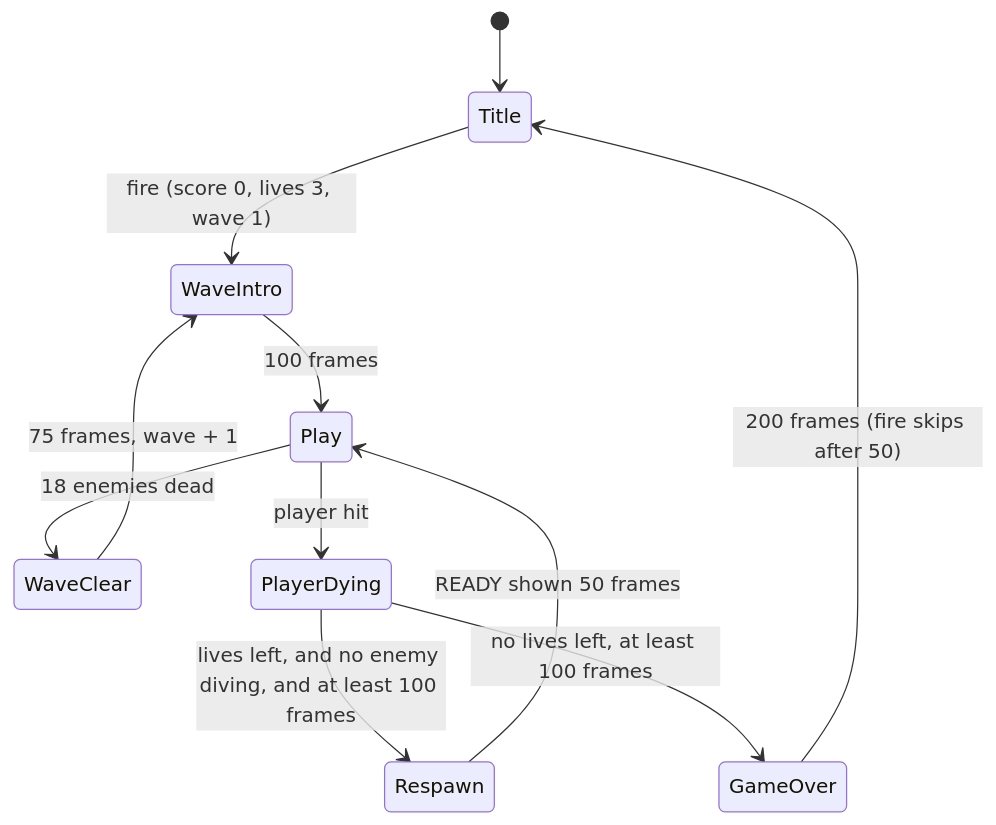
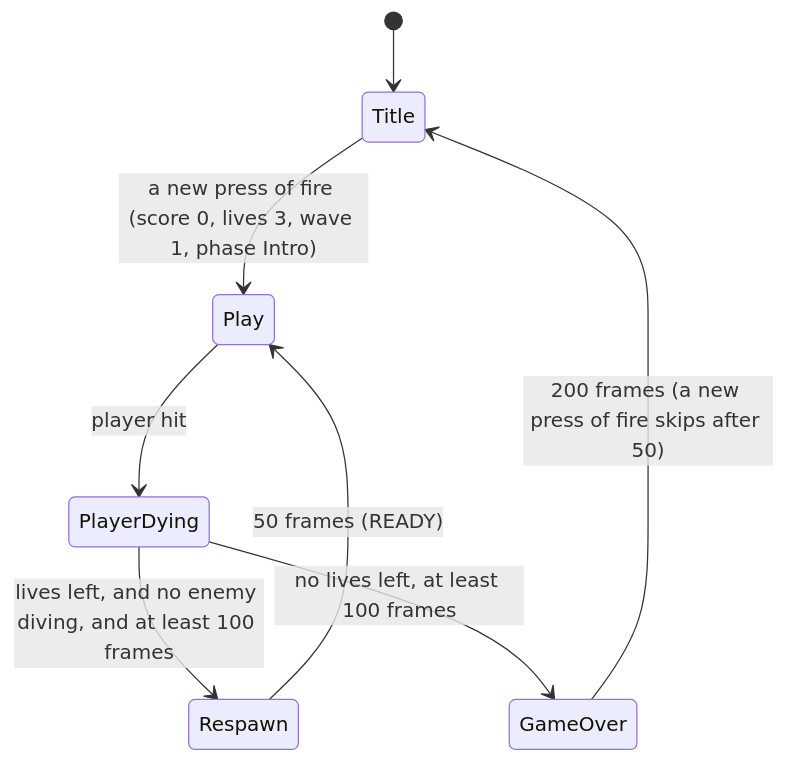
The second of 3 diagrams in docs/games/swarm/design.md (s474/vs64_software_house), drawn with Mermaid before and after one commit. The commit also changed other lines of this file and 2 other files, not shown here.

Commit message:
swarm design: messages to row 9 (clear of the formation), stage 3 playtest and difficulty curve, wind-up wording, stage 4 rules

````diff
--- a/docs/games/swarm/design.md
+++ b/docs/games/swarm/design.md
@@ -524,13 +599,10 @@
 ```mermaid
 stateDiagram-v2
     [*] --> Title
-    Title --> WaveIntro: fire (score 0, lives 3, wave 1)
-    WaveIntro --> Play: 100 frames
-    Play --> WaveClear: 18 enemies dead
-    WaveClear --> WaveIntro: 75 frames, wave + 1
+    Title --> Play: a new press of fire (score 0, lives 3, wave 1, phase Intro)
     Play --> PlayerDying: player hit
     PlayerDying --> Respawn: lives left, and no enemy diving, and at least 100 frames
     PlayerDying --> GameOver: no lives left, at least 100 frames
-    Respawn --> Play: READY shown 50 frames
-    GameOver --> Title: 200 frames (fire skips after 50)
+    Respawn --> Play: 50 frames (READY)
+    GameOver --> Title: 200 frames (a new press of fire skips after 50)
 ```
````
